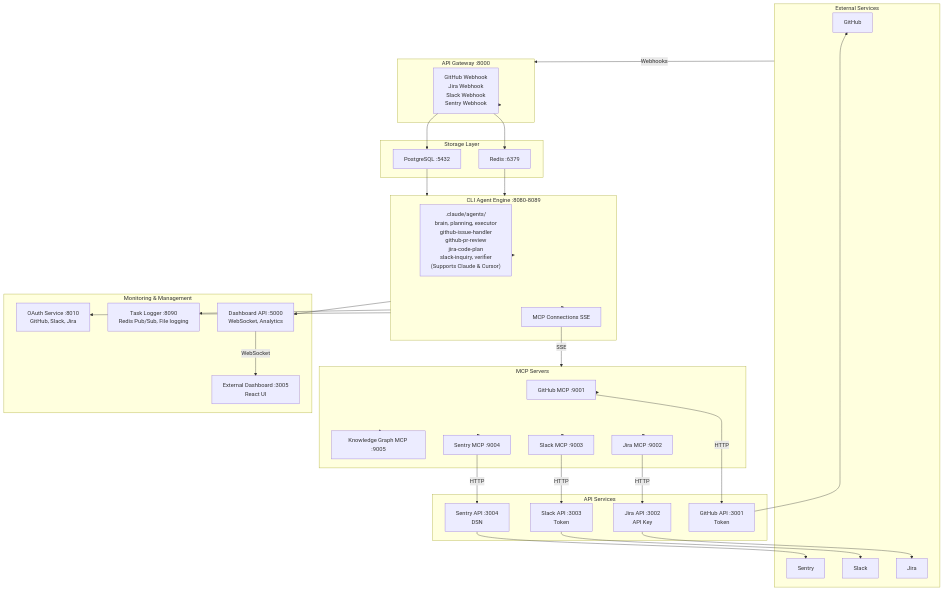
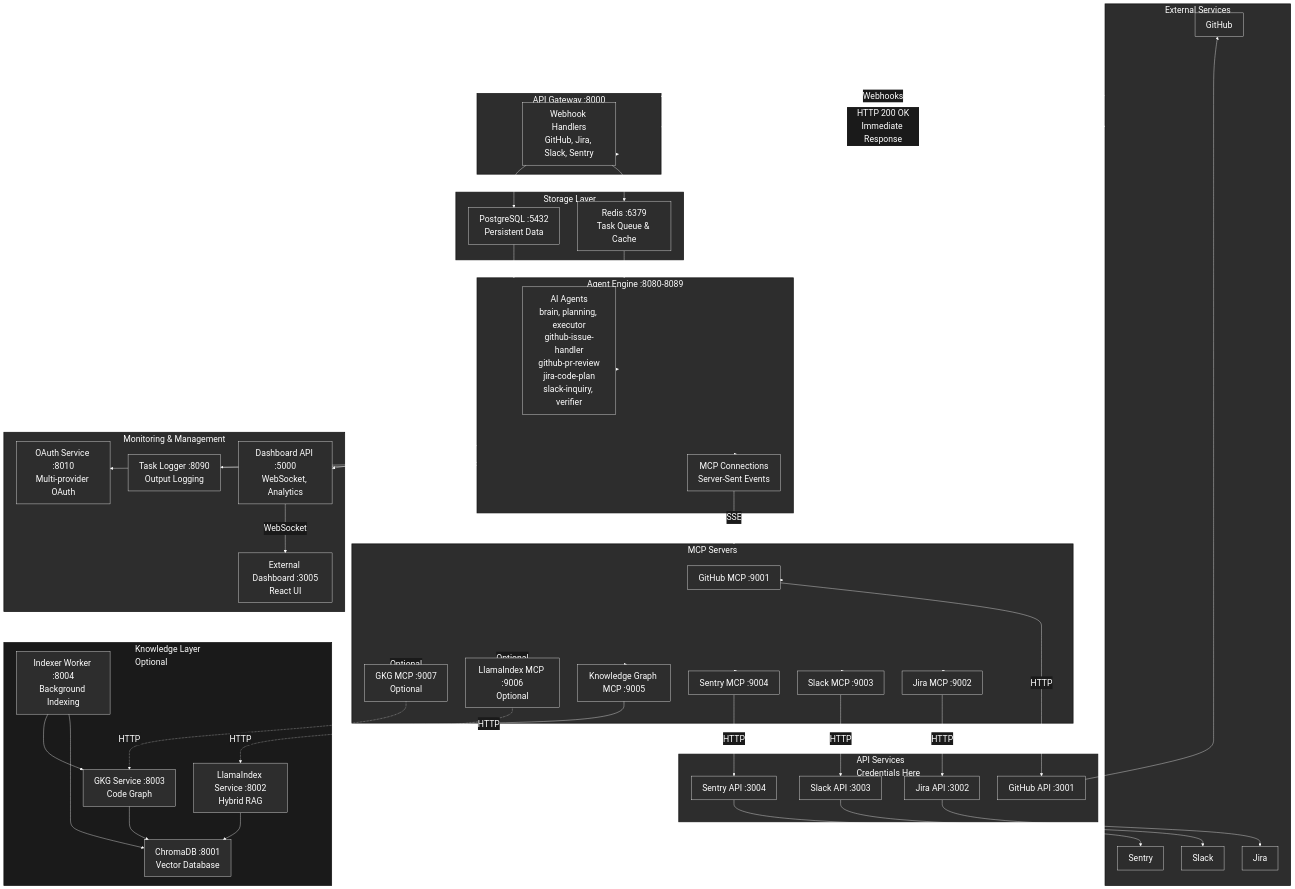
The first of 5 diagrams in docs/ARCHITECTURE.md (rom-orlovich/groote-ai), drawn with Mermaid before and after one commit. The commit also changed other lines of this file and 5 other files, not shown here.

````diff
--- a/docs/ARCHITECTURE.md
+++ b/docs/ARCHITECTURE.md
@@ -38,4 +39,5 @@
 ```mermaid
+%%{init: {'theme':'base', 'themeVariables': {'fontSize':'24px', 'primaryColor':'#2d2d2d', 'primaryTextColor':'#ffffff', 'primaryBorderColor':'#ffffff', 'lineColor':'#ffffff', 'secondaryColor':'#1a1a1a', 'tertiaryColor':'#2d2d2d'}}}%%
 graph TB
     subgraph External["External Services"]
         GitHub[GitHub]
@@ -45,17 +47,17 @@
     end
 
     subgraph Gateway["API Gateway :8000"]
-        Webhooks["GitHub Webhook<br/>Jira Webhook<br/>Slack Webhook<br/>Sentry Webhook"]
+        Webhooks["Webhook Handlers<br/>GitHub, Jira, Slack, Sentry"]
     end
 
     subgraph Storage["Storage Layer"]
-        Redis[Redis :6379]
-        Postgres[PostgreSQL :5432]
+        Redis[Redis :6379<br/>Task Queue & Cache]
+        Postgres[PostgreSQL :5432<br/>Persistent Data]
     end
 
-    subgraph Engine["CLI Agent Engine :8080-8089"]
-        Agents[".claude/agents/<br/>brain, planning, executor<br/>github-issue-handler<br/>github-pr-review<br/>jira-code-plan<br/>slack-inquiry, verifier<br/>(Supports Claude & Cursor)"]
-        MCPConn["MCP Connections SSE"]
+    subgraph Engine["Agent Engine :8080-8089"]
+        Agents["AI Agents<br/>brain, planning, executor<br/>github-issue-handler<br/>github-pr-review<br/>jira-code-plan<br/>slack-inquiry, verifier"]
+        MCPConn["MCP Connections<br/>Server-Sent Events"]
     end
 
     subgraph MCPServers["MCP Servers"]
@@ -64,23 +66,33 @@
         SlackMCP[Slack MCP :9003]
         SentryMCP[Sentry MCP :9004]
         KGMCP[Knowledge Graph MCP :9005]
+        LlamaIndexMCP[LlamaIndex MCP :9006<br/>Optional]
+        GKGMcp[GKG MCP :9007<br/>Optional]
     end
 
-    subgraph APIServices["API Services"]
-        GitHubAPI[GitHub API :3001<br/>Token]
-        JiraAPI[Jira API :3002<br/>API Key]
-        SlackAPI[Slack API :3003<br/>Token]
-        SentryAPI[Sentry API :3004<br/>DSN]
+    subgraph APIServices["API Services<br/>Credentials Here"]
+        GitHubAPI[GitHub API :3001]
+        JiraAPI[Jira API :3002]
+        SlackAPI[Slack API :3003]
+        SentryAPI[Sentry API :3004]
     end
 
     subgraph Monitoring["Monitoring & Management"]
         DashboardAPI[Dashboard API :5000<br/>WebSocket, Analytics]
         ExternalDash[External Dashboard :3005<br/>React UI]
-        OAuth[OAuth Service :8010<br/>GitHub, Slack, Jira]
-        TaskLogger[Task Logger :8090<br/>Redis Pub/Sub, File logging]
+        OAuth[OAuth Service :8010<br/>Multi-provider OAuth]
+        TaskLogger[Task Logger :8090<br/>Output Logging]
+    end
+
+    subgraph Knowledge["Knowledge Layer<br/>Optional"]
+        ChromaDB[ChromaDB :8001<br/>Vector Database]
+        LlamaIndex[LlamaIndex Service :8002<br/>Hybrid RAG]
+        GKGService[GKG Service :8003<br/>Code Graph]
+        IndexerWorker[Indexer Worker :8004<br/>Background Indexing]
     end
 
     External -->|Webhooks| Gateway
+    Gateway -->|HTTP 200 OK<br/>Immediate Response| External
     Gateway --> Webhooks
     Webhooks --> Redis
     Webhooks --> Postgres
@@ -94,16 +106,34 @@
     MCPServers --> SlackMCP
     MCPServers --> SentryMCP
     MCPServers --> KGMCP
+    MCPServers -.->|Optional| LlamaIndexMCP
+    MCPServers -.->|Optional| GKGMcp
     GitHubMCP -->|HTTP| GitHubAPI
     JiraMCP -->|HTTP| JiraAPI
     SlackMCP -->|HTTP| SlackAPI
     SentryMCP -->|HTTP| SentryAPI
+    KGMCP -->|HTTP| Knowledge
+    LlamaIndexMCP -.->|HTTP| LlamaIndex
+    GKGMcp -.->|HTTP| GKGService
     GitHubAPI --> GitHub
     JiraAPI --> Jira
     SlackAPI --> Slack
     SentryAPI --> Sentry
+    LlamaIndex --> ChromaDB
+    GKGService --> ChromaDB
+    IndexerWorker --> ChromaDB
+    IndexerWorker --> GKGService
     Engine --> DashboardAPI
     DashboardAPI -->|WebSocket| ExternalDash
     Engine --> TaskLogger
     Engine --> OAuth
+
+    style External fill:#2d2d2d,color:#ffffff,stroke-width:2px
+    style Gateway fill:#2d2d2d,color:#ffffff,stroke-width:2px
+    style Storage fill:#2d2d2d,color:#ffffff,stroke-width:2px
+    style Engine fill:#2d2d2d,color:#ffffff,stroke-width:2px
+    style MCPServers fill:#2d2d2d,color:#ffffff,stroke-width:2px
+    style APIServices fill:#2d2d2d,color:#ffffff,stroke-width:2px
+    style Monitoring fill:#2d2d2d,color:#ffffff,stroke-width:2px
+    style Knowledge fill:#1a1a1a,color:#ffffff,stroke-width:2px
 ```
````
